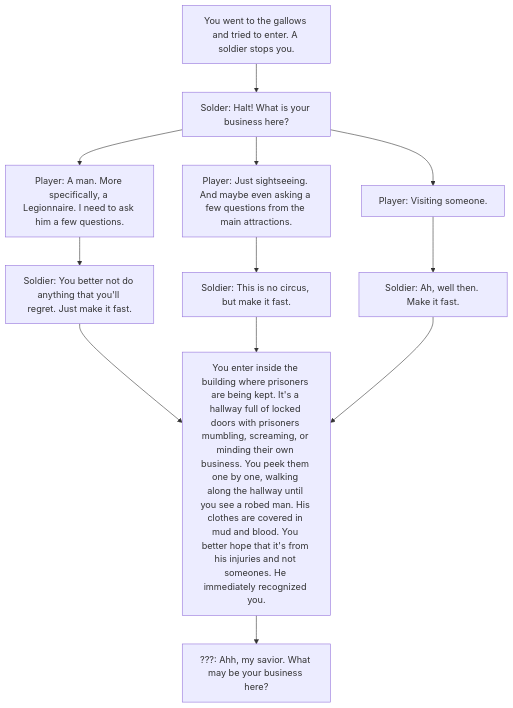
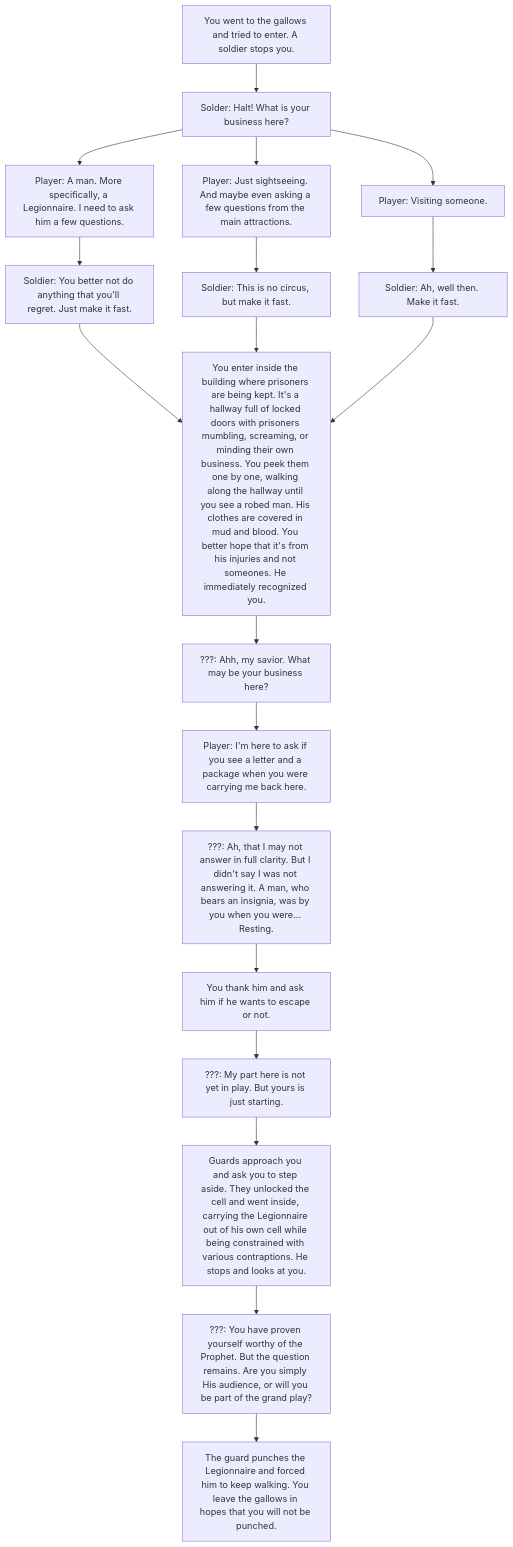
Before and after one commit to padillaryl/cc3-rpg-DialogueTree: the diagram in Q2-Khaled.md, drawn with Mermaid.

````diff
--- a/Q2-Khaled.md
+++ b/Q2-Khaled.md
@@ -1,18 +1,25 @@
 ```mermaid
 flowchart TD
   A[You went to the gallows and tried to enter. A soldier stops you.]
   A --> B[Solder: Halt! What is your business here?]
 
   B --> C[Player: A man. More specifically, a Legionnaire. I need to ask him a few questions.]
   B --> D[Player: Just sightseeing. And maybe even asking a few questions from the main attractions.]
   B --> E[Player: Visiting someone.]
 
   C --> F[Soldier: You better not do anything that you'll regret. Just make it fast.]
   D --> G[Soldier: This is no circus, but make it fast.]
   E --> H[Soldier: Ah, well then. Make it fast.]
 
   F & G & H --> I[You enter inside the building where prisoners are being kept. It's a hallway full of locked doors with prisoners mumbling, screaming, or minding their own business. You peek them one by one, walking along the hallway until you see a robed man. His clothes are covered in mud and blood. You better hope that it's from his injuries and not someones. He immediately recognized you.]
 
   I --> J[???: Ahh, my savior. What may be your business here?]
+  J --> K[Player: I'm here to ask if you see a letter and a package when you were carrying me back here.]
+  K --> L[???: Ah, that I may not answer in full clarity. But I didn't say I was not answering it. A man, who bears an insignia, was by you when you were... Resting.]
+  L --> M[You thank him and ask him if he wants to escape or not.]
+  M --> N[???: My part here is not yet in play. But yours is just starting.]
+  N --> O[Guards approach you and ask you to step aside. They unlocked the cell and went inside, carrying the Legionnaire out of his own cell while being constrained with various contraptions. He stops and looks at you.]
+  O --> P[???: You have proven yourself worthy of the Prophet. But the question remains. Are you simply His audience, or will you be part of the grand play?]
+  P --> Q[The guard punches the Legionnaire and forced him to keep walking. You leave the gallows in hopes that you will not be punched.]
 
 ```
````
